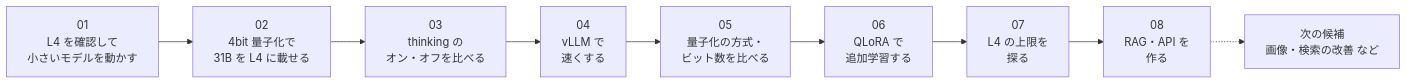
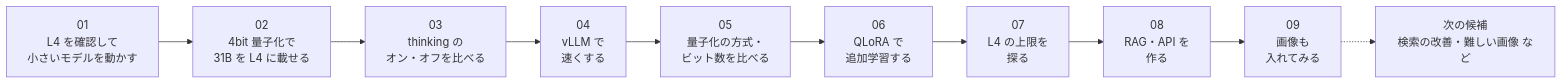
The diagram in README.md (moruku36/colab-oss-lab), drawn with Mermaid before and after one commit. The commit also changed other lines of this file and 9 other files, not shown here.

````diff
--- a/README.md
+++ b/README.md
@@ -35,11 +35,12 @@
 ```mermaid
 flowchart LR
     E01["01<br/>L4 を確認して<br/>小さいモデルを動かす"] --> E02["02<br/>4bit 量子化で<br/>31B を L4 に載せる"]
     E02 --> E03["03<br/>thinking の<br/>オン・オフを比べる"]
     E03 --> E04["04<br/>vLLM で<br/>速くする"]
     E04 --> E05["05<br/>量子化の方式・<br/>ビット数を比べる"]
     E05 --> E06["06<br/>QLoRA で<br/>追加学習する"]
     E06 --> E07["07<br/>L4 の上限を<br/>探る"]
     E07 --> E08["08<br/>RAG・API を<br/>作る"]
-    E08 -.-> NEXT["次の候補<br/>画像・検索の改善 など"]
+    E08 --> E09["09<br/>画像も<br/>入れてみる"]
+    E09 -.-> NEXT["次の候補<br/>検索の改善・難しい画像 など"]
 ```
````
